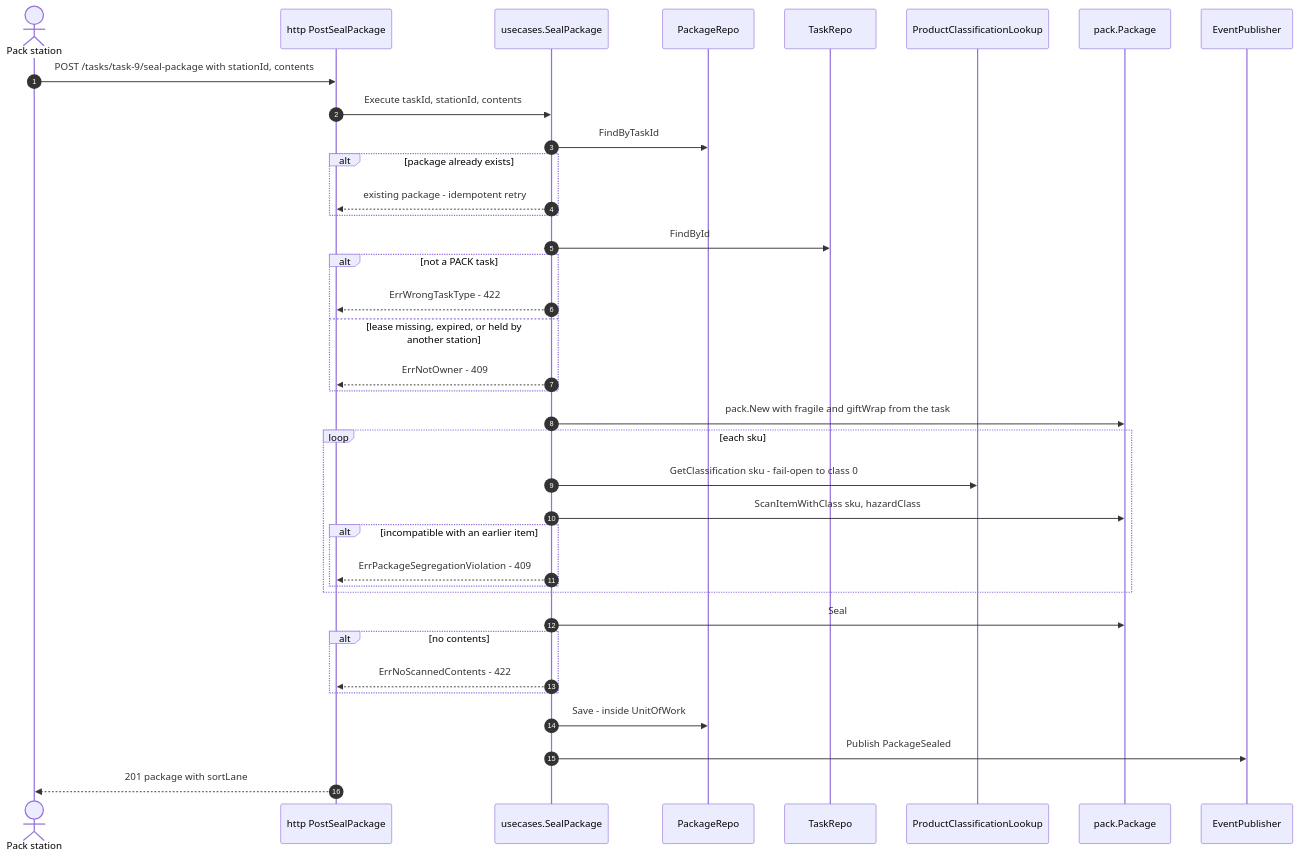
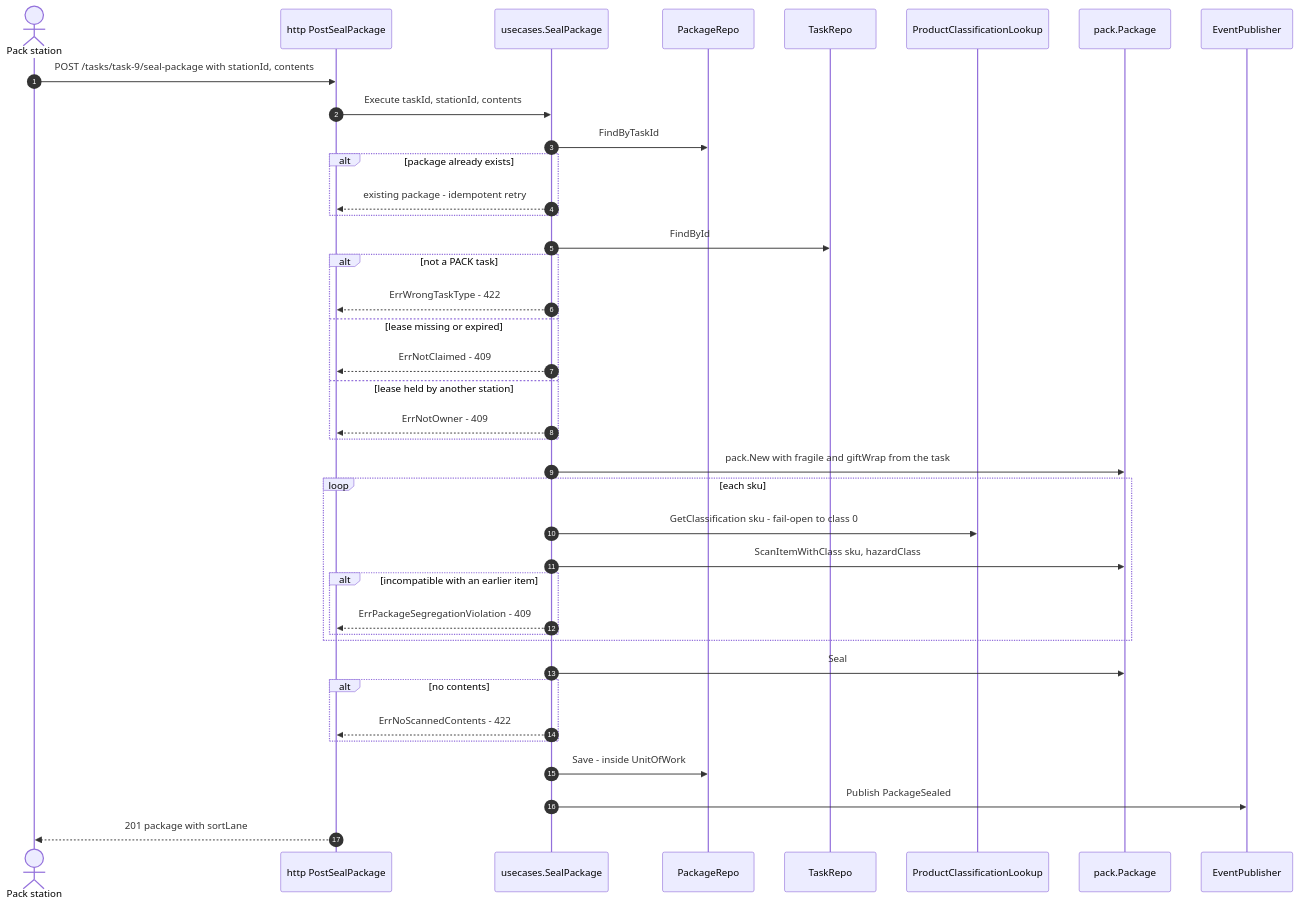
The sixth of 9 diagrams in docs/contexts/fulfillment-execution/sequence-diagrams.md (IQVO/warehouse-docs), drawn with Mermaid before and after one commit. The commit also changed other lines of this file and 318 other files, not shown here.

````diff
--- a/docs/contexts/fulfillment-execution/sequence-diagrams.md
+++ b/docs/contexts/fulfillment-execution/sequence-diagrams.md
@@ -256,39 +259,41 @@
 ```mermaid
 sequenceDiagram
     autonumber
     actor S as Pack station
     participant H as http PostSealPackage
     participant UC as usecases.SealPackage
     participant PR as PackageRepo
     participant R as TaskRepo
     participant CL as ProductClassificationLookup
     participant PK as pack.Package
     participant P as EventPublisher
     S->>H: POST /tasks/task-9/seal-package with stationId, contents
     H->>UC: Execute taskId, stationId, contents
     UC->>PR: FindByTaskId
     alt package already exists
         UC-->>H: existing package - idempotent retry
     end
     UC->>R: FindById
     alt not a PACK task
         UC-->>H: ErrWrongTaskType - 422
-    else lease missing, expired, or held by another station
+    else lease missing or expired
+        UC-->>H: ErrNotClaimed - 409
+    else lease held by another station
         UC-->>H: ErrNotOwner - 409
     end
     UC->>PK: pack.New with fragile and giftWrap from the task
     loop each sku
         UC->>CL: GetClassification sku - fail-open to class 0
         UC->>PK: ScanItemWithClass sku, hazardClass
         alt incompatible with an earlier item
             UC-->>H: ErrPackageSegregationViolation - 409
         end
     end
     UC->>PK: Seal
     alt no contents
         UC-->>H: ErrNoScannedContents - 422
     end
     UC->>PR: Save - inside UnitOfWork
     UC->>P: Publish PackageSealed
     H-->>S: 201 package with sortLane
 ```
````
